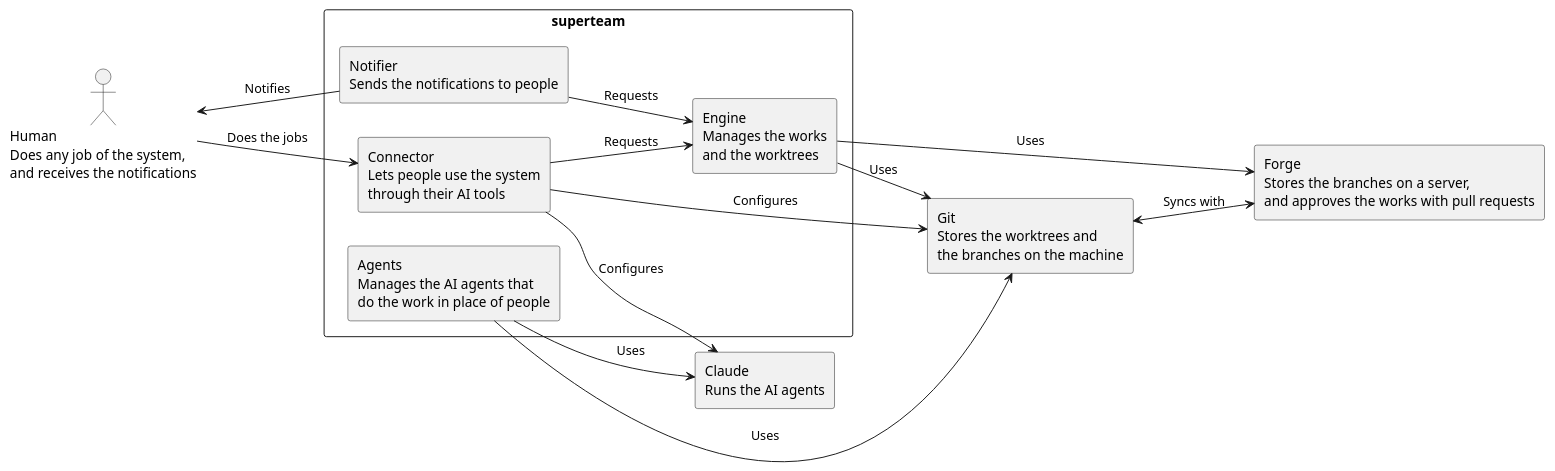
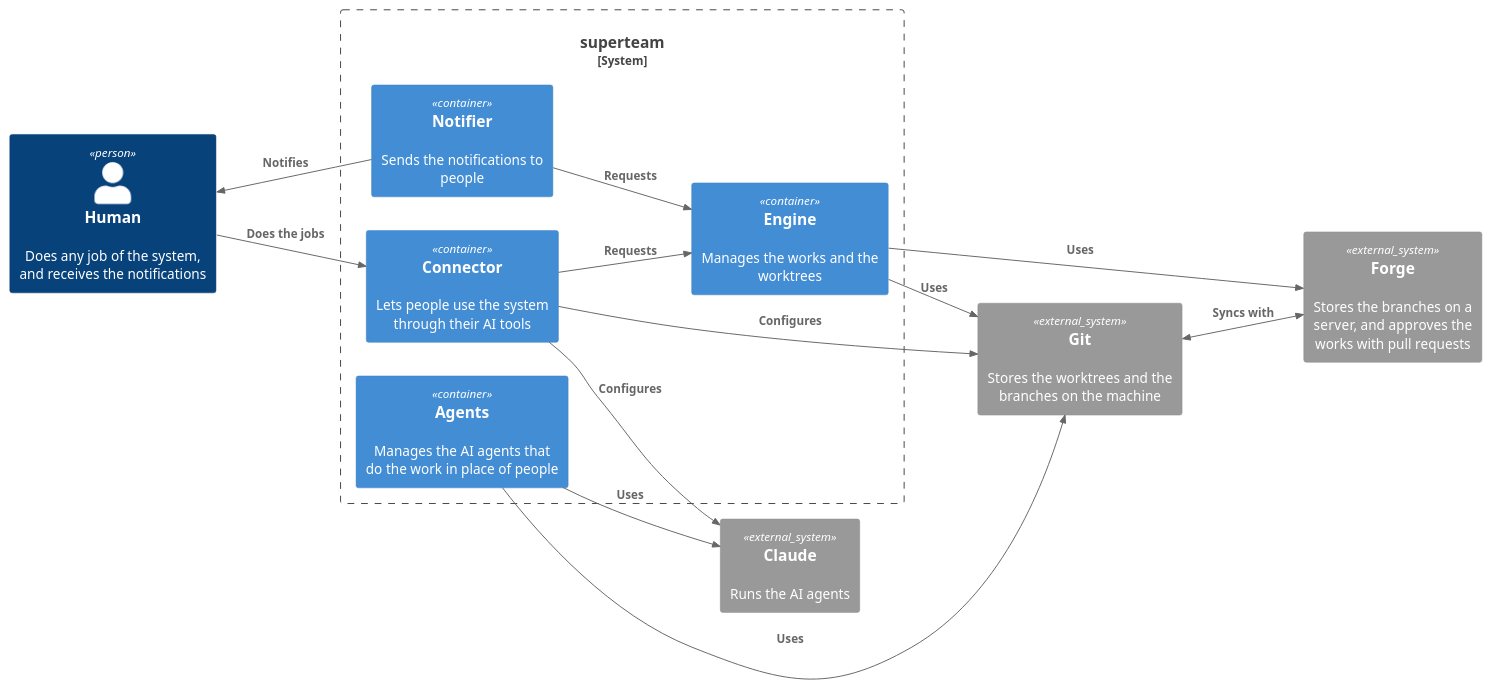
The diagram in docs/05_building-blocks/building-blocks.md (longlh/superteam), drawn with PlantUML before and after one commit. The commit also changed 5 other files, not shown here.

First line of the commit message:
Use the C4-PlantUML library for the context, container and component diagrams

````diff
--- a/docs/05_building-blocks/building-blocks.md
+++ b/docs/05_building-blocks/building-blocks.md
@@ -25,29 +25,31 @@
 ```plantuml
 @startuml
-left to right direction
-actor "Human\nDoes any job of the system,\nand receives the notifications" as human
+!include <C4/C4_Container>
+LAYOUT_LEFT_RIGHT()
 
-rectangle "superteam" as superteam {
-  rectangle "Connector\nLets people use the system\nthrough their AI tools" as connect
-  rectangle "Engine\nManages the works\nand the worktrees" as engine
-  rectangle "Agents\nManages the AI agents that\ndo the work in place of people" as agents
-  rectangle "Notifier\nSends the notifications to people" as notifier
+Person(human, "Human", "Does any job of the system, and receives the notifications")
+
+System_Boundary(superteam, "superteam") {
+  Container(connect, "Connector", "", "Lets people use the system through their AI tools")
+  Container(engine, "Engine", "", "Manages the works and the worktrees")
+  Container(agents, "Agents", "", "Manages the AI agents that do the work in place of people")
+  Container(notifier, "Notifier", "", "Sends the notifications to people")
 }
 
-rectangle "Claude\nRuns the AI agents" as claude
-rectangle "Git\nStores the worktrees and\nthe branches on the machine" as git
-rectangle "Forge\nStores the branches on a server,\nand approves the works with pull requests" as forge
+System_Ext(claude, "Claude", "Runs the AI agents")
+System_Ext(git, "Git", "Stores the worktrees and the branches on the machine")
+System_Ext(forge, "Forge", "Stores the branches on a server, and approves the works with pull requests")
 
-human --> connect : Does the jobs
-connect --> engine : Requests
-connect --> claude : Configures
-connect --> git : Configures
-notifier --> engine : Requests
-agents --> git : Uses
-git <--> forge : Syncs with
-notifier --> human : Notifies
-agents --> claude : Uses
-engine --> forge : Uses
-engine --> git : Uses
+Rel(human, connect, "Does the jobs")
+Rel(connect, engine, "Requests")
+Rel(connect, claude, "Configures")
+Rel(connect, git, "Configures")
+Rel(notifier, engine, "Requests")
+Rel(agents, git, "Uses")
+BiRel(git, forge, "Syncs with")
+Rel(notifier, human, "Notifies")
+Rel(agents, claude, "Uses")
+Rel(engine, forge, "Uses")
+Rel(engine, git, "Uses")
 @enduml
 ```
````
